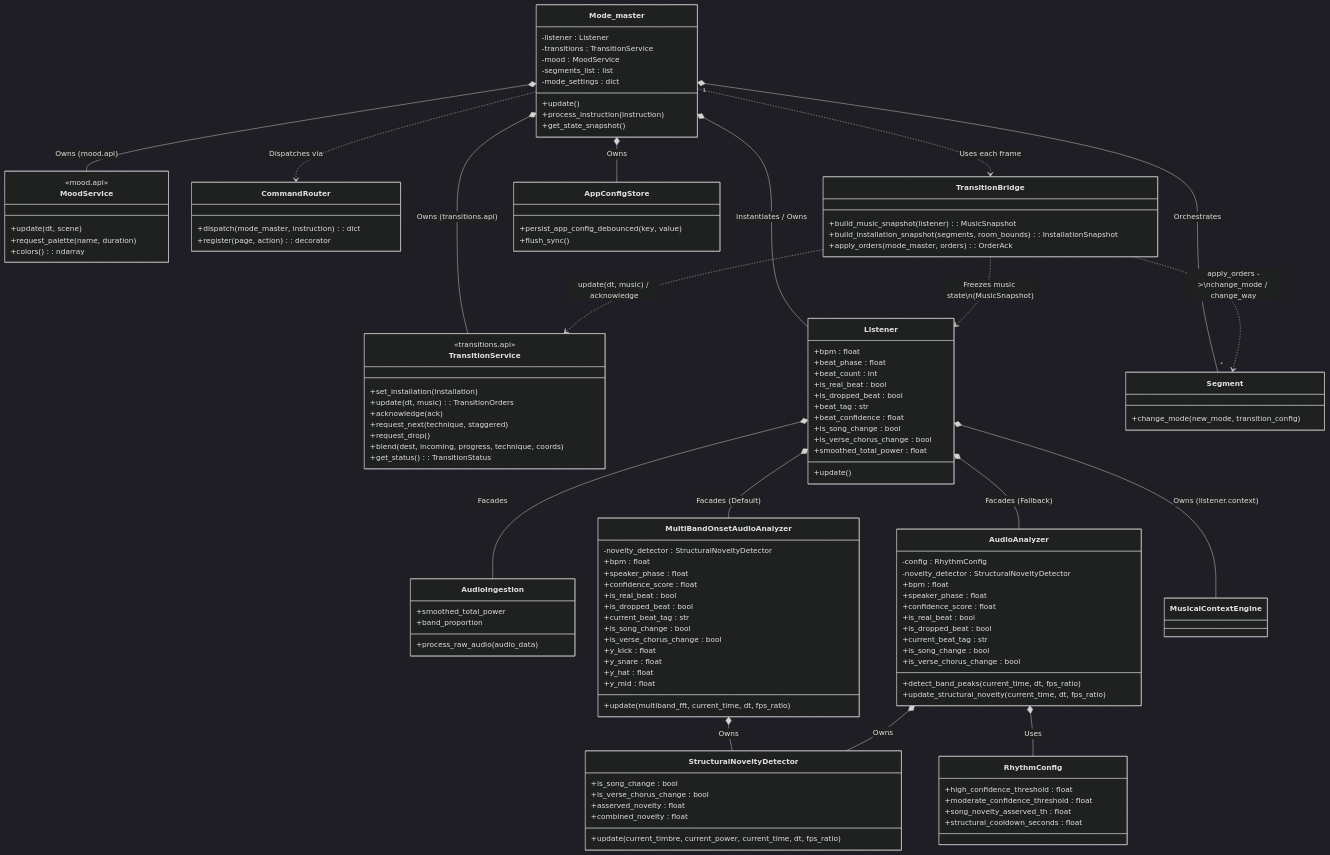
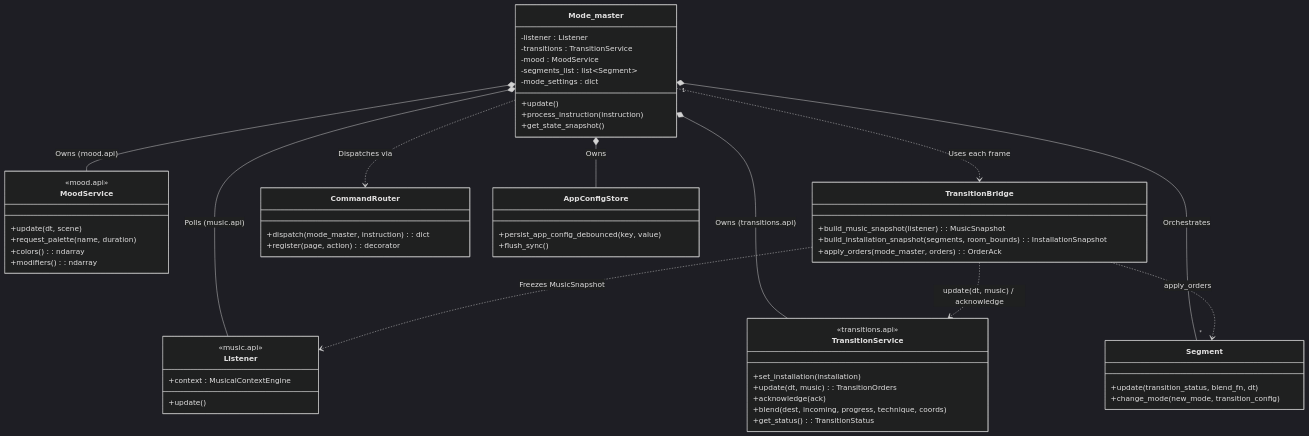
Before and after one commit to LucRobey/vialactee: the diagram in core/README.md, drawn with Mermaid (dark theme). The commit also changed other lines of this file and 82 other files, not shown here.

Commit message:
refactor(dsp): extract sealed music/ room, music.api door, and isolation governance

````diff
--- a/core/README.md
+++ b/core/README.md
@@ -31,25 +21,27 @@
 ```mermaid
 classDiagram
-    %% Core Orchestration
     class Mode_master {
         -listener : Listener
         -transitions : TransitionService
         -mood : MoodService
-        -segments_list : list
+        -segments_list : list~Segment~
         -mode_settings : dict
         +update()
         +process_instruction(instruction)
         +get_state_snapshot()
     }
 
-    %% Sealed sectors (reached only through their api modules)
+    class Listener {
+        <<music.api>>
+        +context : MusicalContextEngine
+        +update()
+    }
+
     class TransitionService {
         <<transitions.api>>
         +set_installation(installation)
         +update(dt, music) : TransitionOrders
         +acknowledge(ack)
-        +request_next(technique, staggered)
-        +request_drop()
         +blend(dest, incoming, progress, technique, coords)
         +get_status() : TransitionStatus
     }
@@ -59,85 +51,12 @@
         +update(dt, scene)
         +request_palette(name, duration)
         +colors() : ndarray
+        +modifiers() : ndarray
     }
 
-    %% Audio Facade & Analyzers
-    class Listener {
-        +bpm : float
-        +beat_phase : float
-        +beat_count : int
-        +is_real_beat : bool
-        +is_dropped_beat : bool
-        +beat_tag : str
-        +beat_confidence : float
-        +is_song_change : bool
-        +is_verse_chorus_change : bool
-        +smoothed_total_power : float
-        +update()
-    }
-
-    class AudioIngestion {
-        +smoothed_total_power
-        +band_proportion
-        +process_raw_audio(audio_data)
-    }
-
-    class RhythmConfig {
-        +high_confidence_threshold : float
-        +moderate_confidence_threshold : float
-        +song_novelty_asserved_th : float
-        +structural_cooldown_seconds : float
-    }
-
-    class StructuralNoveltyDetector {
-        +is_song_change : bool
-        +is_verse_chorus_change : bool
-        +asserved_novelty : float
-        +combined_novelty : float
-        +update(current_timbre, current_power, current_time, dt, fps_ratio)
-    }
-  
-    class MultiBandOnsetAudioAnalyzer {
-        -novelty_detector : StructuralNoveltyDetector
-        +bpm : float
-        +speaker_phase : float
-        +confidence_score : float
-        +is_real_beat : bool
-        +is_dropped_beat : bool
-        +current_beat_tag : str
-        +is_song_change : bool
-        +is_verse_chorus_change : bool
-        +y_kick : float
-        +y_snare : float
-        +y_hat : float
-        +y_mid : float
-        +update(multiband_fft, current_time, dt, fps_ratio)
-    }
-
-    class AudioAnalyzer {
-        -config : RhythmConfig
-        -novelty_detector : StructuralNoveltyDetector
-        +bpm : float
-        +speaker_phase : float
-        +confidence_score : float
-        +is_real_beat : bool
-        +is_dropped_beat : bool
-        +current_beat_tag : str
-        +is_song_change : bool
-        +is_verse_chorus_change : bool
-        +detect_band_peaks(current_time, dt, fps_ratio)
-        +update_structural_novelty(current_time, dt, fps_ratio)
-    }
-
-    %% Hardware & Visual Outputs
     class Segment {
+        +update(transition_status, blend_fn, dt)
         +change_mode(new_mode, transition_config)
-    }
-
-    %% Subsystem Collaborators
-    class CommandRouter {
-        +dispatch(mode_master, instruction) : dict
-        +register(page, action) : decorator
     }
 
     class TransitionBridge {
@@ -146,31 +65,24 @@
         +apply_orders(mode_master, orders) : OrderAck
     }
 
+    class CommandRouter {
+        +dispatch(mode_master, instruction) : dict
+        +register(page, action) : decorator
+    }
+
     class AppConfigStore {
         +persist_app_config_debounced(key, value)
         +flush_sync()
     }
 
-    %% --- Relationships and Interactions ---
-
-    %% Composition / Ownership
+    Mode_master *-- Listener : Polls (music.api)
     Mode_master *-- TransitionService : Owns (transitions.api)
     Mode_master *-- MoodService : Owns (mood.api)
-    Mode_master *-- Listener : Instantiates / Owns
     Mode_master *-- AppConfigStore : Owns
     Mode_master ..> CommandRouter : Dispatches via
     Mode_master "1" *-- "*" Segment : Orchestrates
-    Listener *-- AudioIngestion : Facades
-    Listener *-- MultiBandOnsetAudioAnalyzer : Facades (Default)
-    Listener *-- AudioAnalyzer : Facades (Fallback)
-    Listener *-- MusicalContextEngine : Owns (listener.context)
-    MultiBandOnsetAudioAnalyzer *-- StructuralNoveltyDetector : Owns
-    AudioAnalyzer *-- StructuralNoveltyDetector : Owns
-    AudioAnalyzer *-- RhythmConfig : Uses
-
-    %% Logic Flow
-    TransitionBridge ..> Listener : Freezes music state\n(MusicSnapshot)
+    Mode_master ..> TransitionBridge : Uses each frame
+    TransitionBridge ..> Listener : Freezes MusicSnapshot
     TransitionBridge ..> TransitionService : update(dt, music) / acknowledge
-    TransitionBridge ..> Segment : apply_orders ->\nchange_mode / change_way
-    Mode_master ..> TransitionBridge : Uses each frame
+    TransitionBridge ..> Segment : apply_orders
 ```
````
